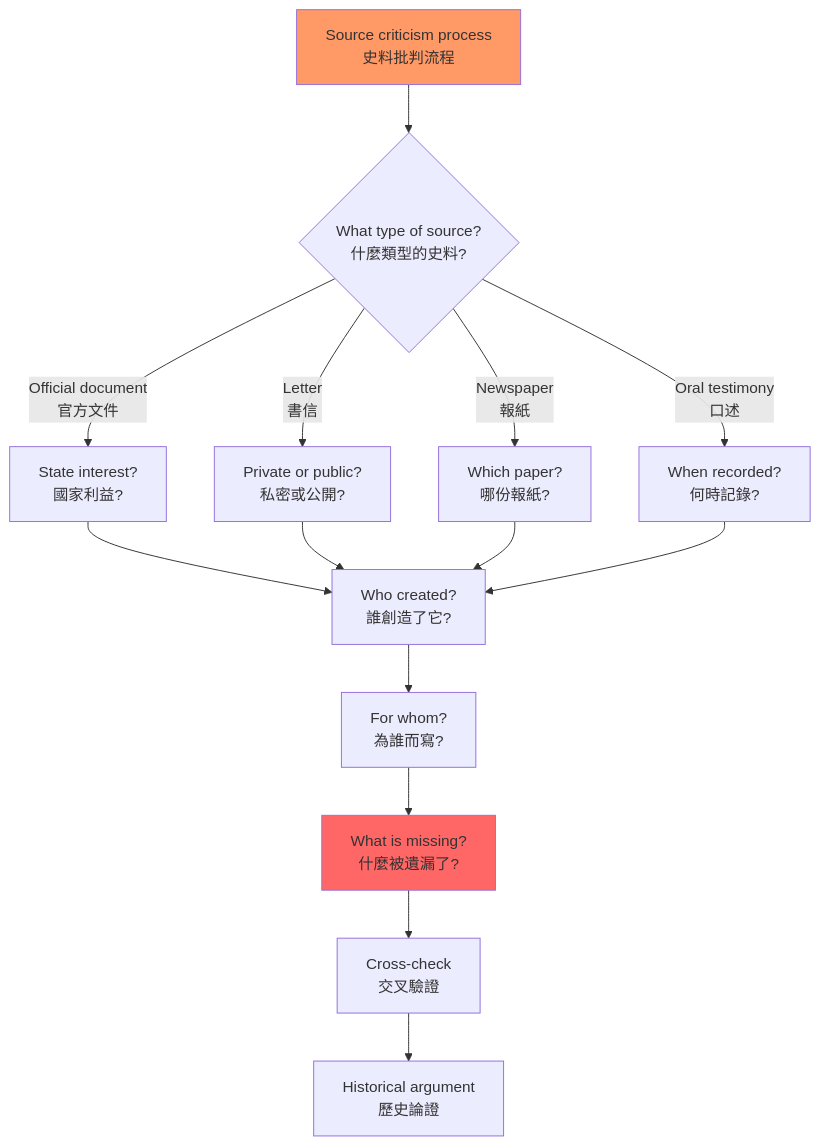
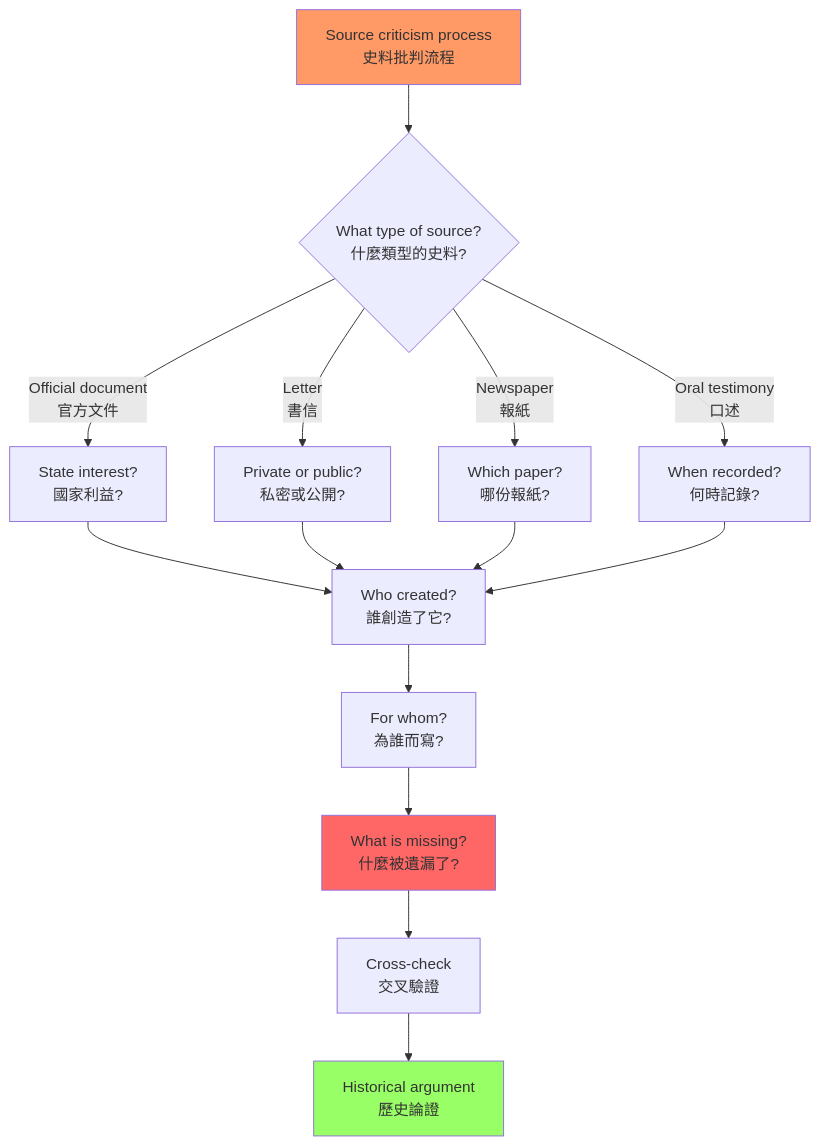
The second of 3 diagrams in 01_HKU_Courses/HIST3075_Directed_Reading.md (yip-lgtm/HKU-Harvard-History-Self-Study), drawn with Mermaid before and after one commit. The commit also changed other lines of this file and 22 other files, not shown here.

````diff
--- a/01_HKU_Courses/HIST3075_Directed_Reading.md
+++ b/01_HKU_Courses/HIST3075_Directed_Reading.md
@@ -146,21 +191,22 @@
 ```mermaid
 flowchart TD
     A[Source criticism process<br/>史料批判流程] --> Q1{What type of source?<br/>什麼類型的史料?}
     Q1 -->|Official document<br/>官方文件| B1[State interest?<br/>國家利益?]
     Q1 -->|Letter<br/>書信| B2[Private or public?<br/>私密或公開?]
     Q1 -->|Newspaper<br/>報紙| B3[Which paper?<br/>哪份報紙?]
     Q1 -->|Oral testimony<br/>口述| B4[When recorded?<br/>何時記錄?]
     
     B1 --> C[Who created?<br/>誰創造了它?]
     B2 --> C
     B3 --> C
     B4 --> C
     
     C --> D[For whom?<br/>為誰而寫?]
     D --> E[What is missing?<br/>什麼被遺漏了?]
     E --> F[Cross-check<br/>交叉驗證]
     F --> G[Historical argument<br/>歷史論證]
     
     style A fill:#f96
     style E fill:#f66
+    style G fill:#9f6
 ```
````
